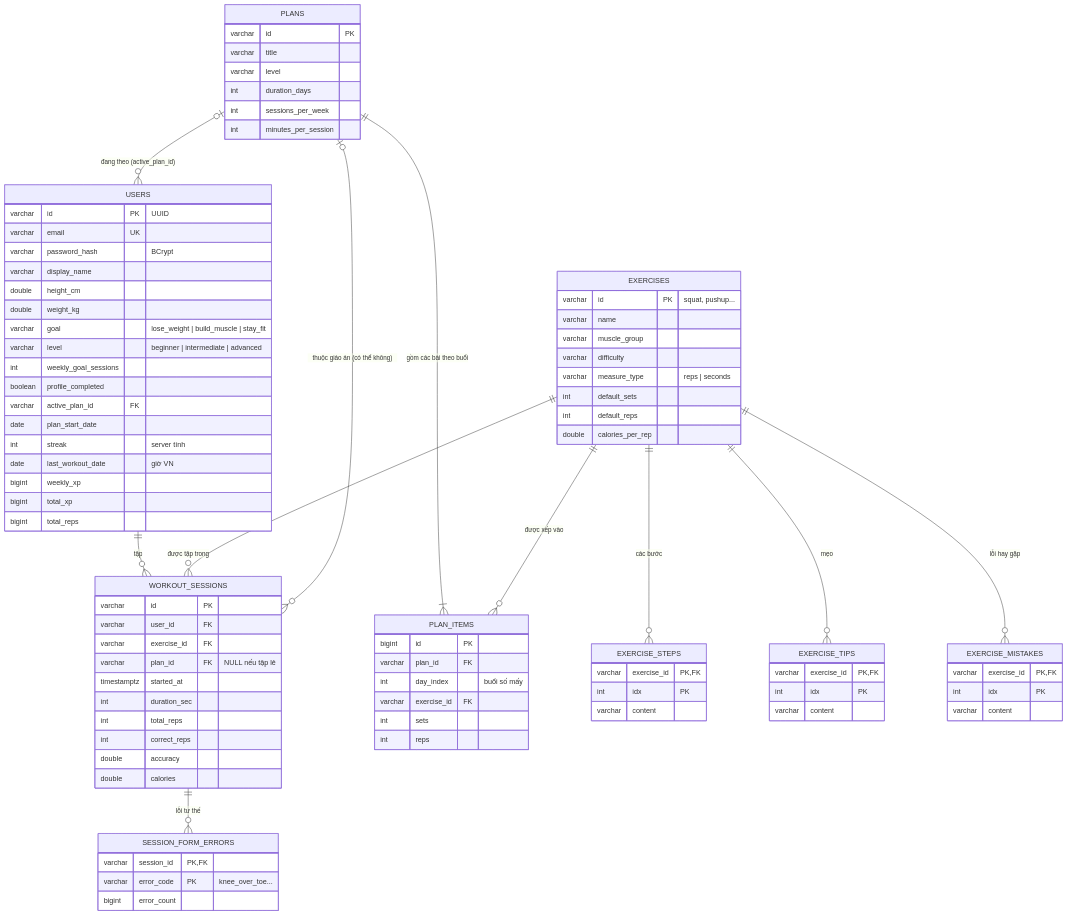
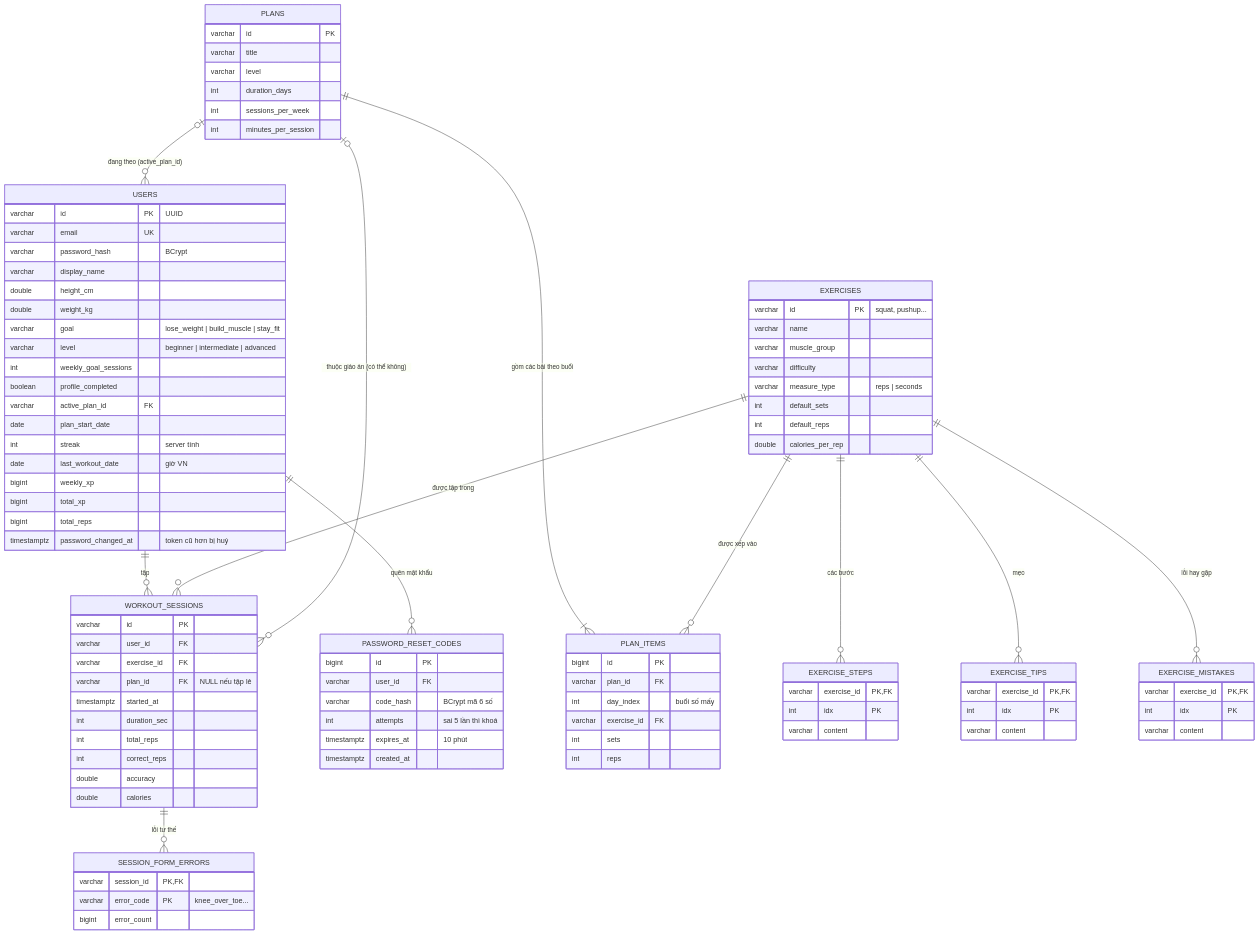
One commit to ngocthuan-tech/nt118-mobile-app-development changed the diagram in docs/DATABASE.md. Above: the diagram before and after it, drawn with Mermaid. The commit also changed other lines of this file and 22 other files, not shown here.

First line of the commit message:
feat(auth): API quên mật khẩu — gửi mã qua email, xác thực mã, đặt mật khẩu mới

````diff
--- a/docs/DATABASE.md
+++ b/docs/DATABASE.md
@@ -14,6 +15,7 @@
 ```mermaid
 erDiagram
     USERS ||--o{ WORKOUT_SESSIONS : "tập"
+    USERS ||--o{ PASSWORD_RESET_CODES : "quên mật khẩu"
     PLANS |o--o{ USERS : "đang theo (active_plan_id)"
     PLANS ||--|{ PLAN_ITEMS : "gồm các bài theo buổi"
     EXERCISES ||--o{ PLAN_ITEMS : "được xếp vào"
@@ -42,6 +44,15 @@
         bigint weekly_xp
         bigint total_xp
         bigint total_reps
+        timestamptz password_changed_at "token cũ hơn bị huỷ"
+    }
+    PASSWORD_RESET_CODES {
+        bigint id PK
+        varchar user_id FK
+        varchar code_hash "BCrypt mã 6 số"
+        int attempts "sai 5 lần thì khoá"
+        timestamptz expires_at "10 phút"
+        timestamptz created_at
     }
     EXERCISES {
         varchar id PK "squat, pushup..."
````
